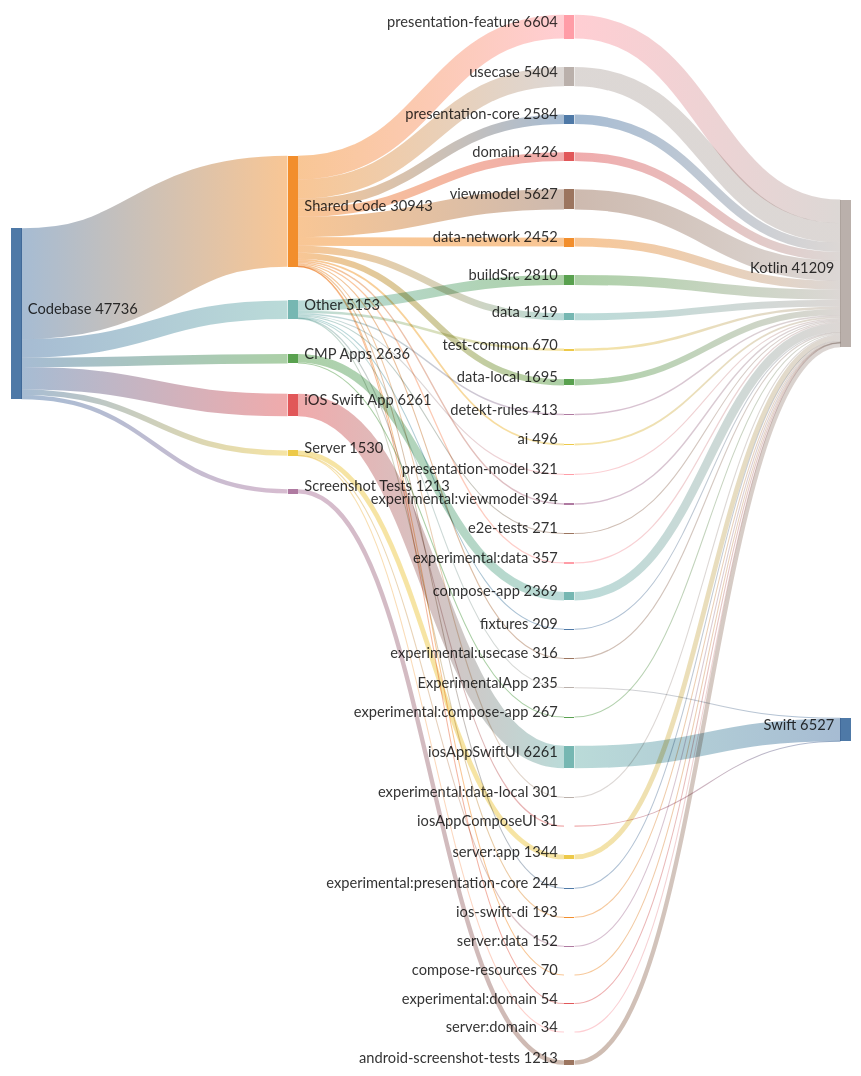
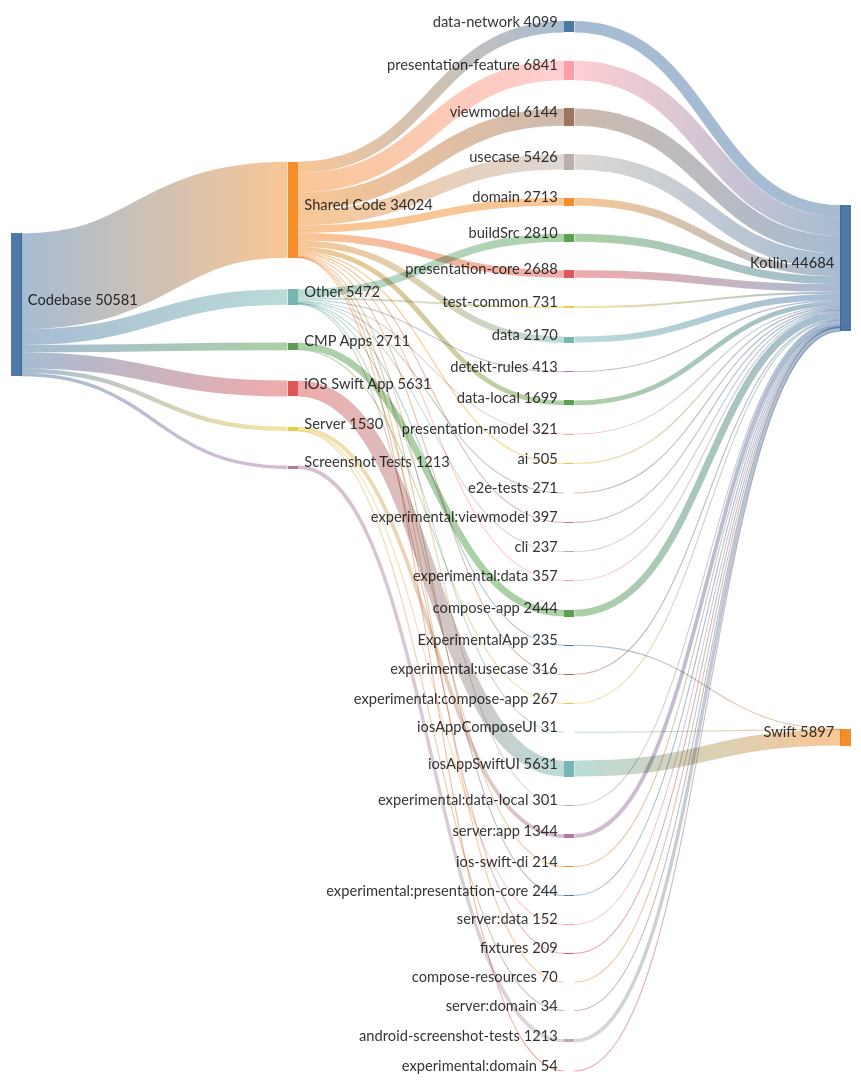
The diagram in docs/diagrams/code_distribution.mmd (cartland/battery-butler), drawn with Mermaid before and after one commit. The commit also changed 11 other files, not shown here.

```diff
--- a/docs/diagrams/code_distribution.mmd
+++ b/docs/diagrams/code_distribution.mmd
@@ -1,89 +1,91 @@
 ---
 config:
   sankey:
     showValues: true
     width: 800
     height: 1000
     nodeAlignment: justify
     linkColor: gradient
 ---
 %% GENERATED FILE - DO NOT EDIT
 sankey-beta
 
-Codebase,Shared Code,30943
-Codebase,iOS Swift App,6261
-Codebase,Other,5153
-Codebase,CMP Apps,2636
+Codebase,Shared Code,34024
+Codebase,iOS Swift App,5631
+Codebase,Other,5472
+Codebase,CMP Apps,2711
 Codebase,Server,1530
 Codebase,Screenshot Tests,1213
 
-Shared Code,presentation-feature,6604
-Shared Code,viewmodel,5627
-Shared Code,usecase,5404
-Shared Code,presentation-core,2584
-Shared Code,data-network,2452
-Shared Code,domain,2426
-Shared Code,data,1919
-Shared Code,data-local,1695
-Shared Code,ai,496
-Shared Code,experimental:viewmodel,394
+Shared Code,presentation-feature,6841
+Shared Code,viewmodel,6144
+Shared Code,usecase,5426
+Shared Code,data-network,4099
+Shared Code,domain,2713
+Shared Code,presentation-core,2688
+Shared Code,data,2170
+Shared Code,data-local,1699
+Shared Code,ai,505
+Shared Code,experimental:viewmodel,397
 Shared Code,experimental:data,357
 Shared Code,experimental:usecase,316
 Shared Code,experimental:data-local,301
 Shared Code,experimental:presentation-core,244
 Shared Code,compose-resources,70
 Shared Code,experimental:domain,54
 
-iOS Swift App,iosAppSwiftUI,6261
+iOS Swift App,iosAppSwiftUI,5631
 
 Other,buildSrc,2810
-Other,test-common,670
+Other,test-common,731
 Other,detekt-rules,413
 Other,presentation-model,321
 Other,e2e-tests,271
+Other,cli,237
 Other,ExperimentalApp,235
+Other,ios-swift-di,214
 Other,fixtures,209
-Other,ios-swift-di,193
 Other,iosAppComposeUI,31
 
-CMP Apps,compose-app,2369
+CMP Apps,compose-app,2444
 CMP Apps,experimental:compose-app,267
 
 Server,server:app,1344
 Server,server:data,152
 Server,server:domain,34
 
 Screenshot Tests,android-screenshot-tests,1213
 
-presentation-feature,Kotlin,6604
-iosAppSwiftUI,Swift,6261
-viewmodel,Kotlin,5627
-usecase,Kotlin,5404
+presentation-feature,Kotlin,6841
+viewmodel,Kotlin,6144
+iosAppSwiftUI,Swift,5631
+usecase,Kotlin,5426
+data-network,Kotlin,4099
 buildSrc,Kotlin,2810
-presentation-core,Kotlin,2584
-data-network,Kotlin,2452
-domain,Kotlin,2426
-compose-app,Kotlin,2369
-data,Kotlin,1919
-data-local,Kotlin,1695
+domain,Kotlin,2713
+presentation-core,Kotlin,2688
+compose-app,Kotlin,2444
+data,Kotlin,2170
+data-local,Kotlin,1699
 server:app,Kotlin,1344
 android-screenshot-tests,Kotlin,1213
-test-common,Kotlin,670
-ai,Kotlin,496
+test-common,Kotlin,731
+ai,Kotlin,505
 detekt-rules,Kotlin,413
-experimental:viewmodel,Kotlin,394
+experimental:viewmodel,Kotlin,397
 experimental:data,Kotlin,357
 presentation-model,Kotlin,321
 experimental:usecase,Kotlin,316
 experimental:data-local,Kotlin,301
 e2e-tests,Kotlin,271
 experimental:compose-app,Kotlin,267
 experimental:presentation-core,Kotlin,244
+cli,Kotlin,237
 ExperimentalApp,Swift,235
+ios-swift-di,Kotlin,214
 fixtures,Kotlin,209
-ios-swift-di,Kotlin,193
 server:data,Kotlin,152
 compose-resources,Kotlin,70
 experimental:domain,Kotlin,54
 server:domain,Kotlin,34
 iosAppComposeUI,Swift,31
```
